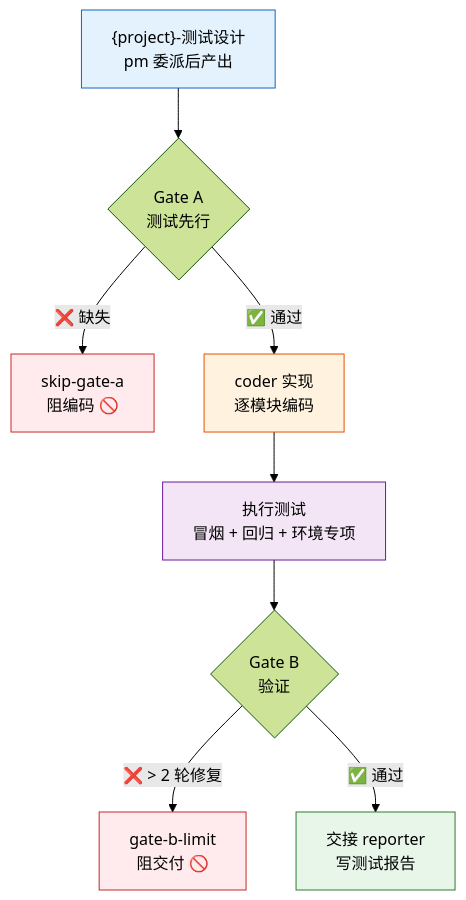
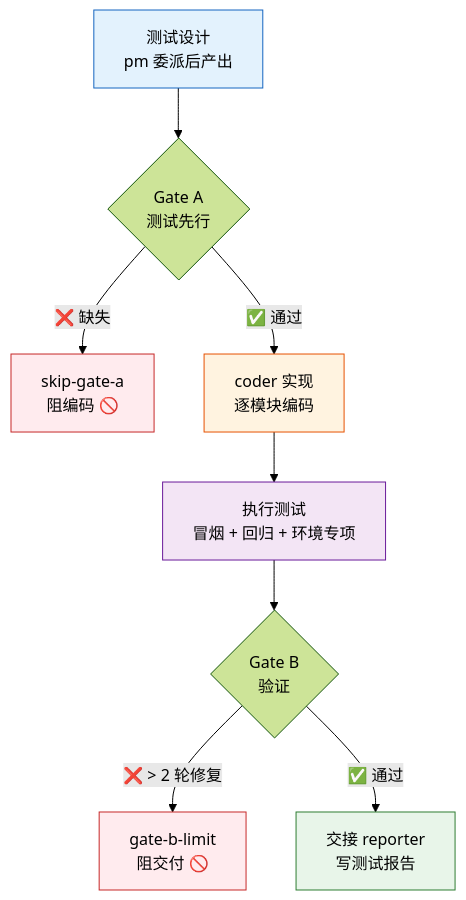
Before and after one commit to effiy/YrY: the first of 7 diagrams in agents/tester.md, drawn with Mermaid (forest theme). The commit also changed other lines of this file and 61 other files, not shown here.

````diff
--- a/agents/tester.md
+++ b/agents/tester.md
@@ -18,16 +18,16 @@
 ```mermaid
 flowchart TB
-    DOC["{project}-测试设计<br/>pm 委派后产出"]:::doc --> GA{"Gate A<br/>测试先行"}
+    DOC["测试设计<br/>pm 委派后产出"]:::doc --> GA{"Gate A<br/>测试先行"}
     GA -->|"❌ 缺失"| X1["skip-gate-a<br/>阻编码 🚫"]:::block
     GA -->|"✅ 通过"| CODE["coder 实现<br/>逐模块编码"]:::impl
     CODE --> RUN["执行测试<br/>冒烟 + 回归 + 环境专项"]:::run
     RUN --> GB{"Gate B<br/>验证"}
     GB -->|"❌ > 2 轮修复"| X2["gate-b-limit<br/>阻交付 🚫"]:::block
     GB -->|"✅ 通过"| DONE["交接 reporter<br/>写测试报告"]:::done
 
     classDef doc fill:#e3f2fd,stroke:#1565c0;
     classDef block fill:#ffebee,stroke:#c62828;
     classDef impl fill:#fff3e0,stroke:#e65100;
     classDef run fill:#f3e5f5,stroke:#6a1b9a;
     classDef done fill:#e8f5e9,stroke:#2e7d32;
 ```
````
